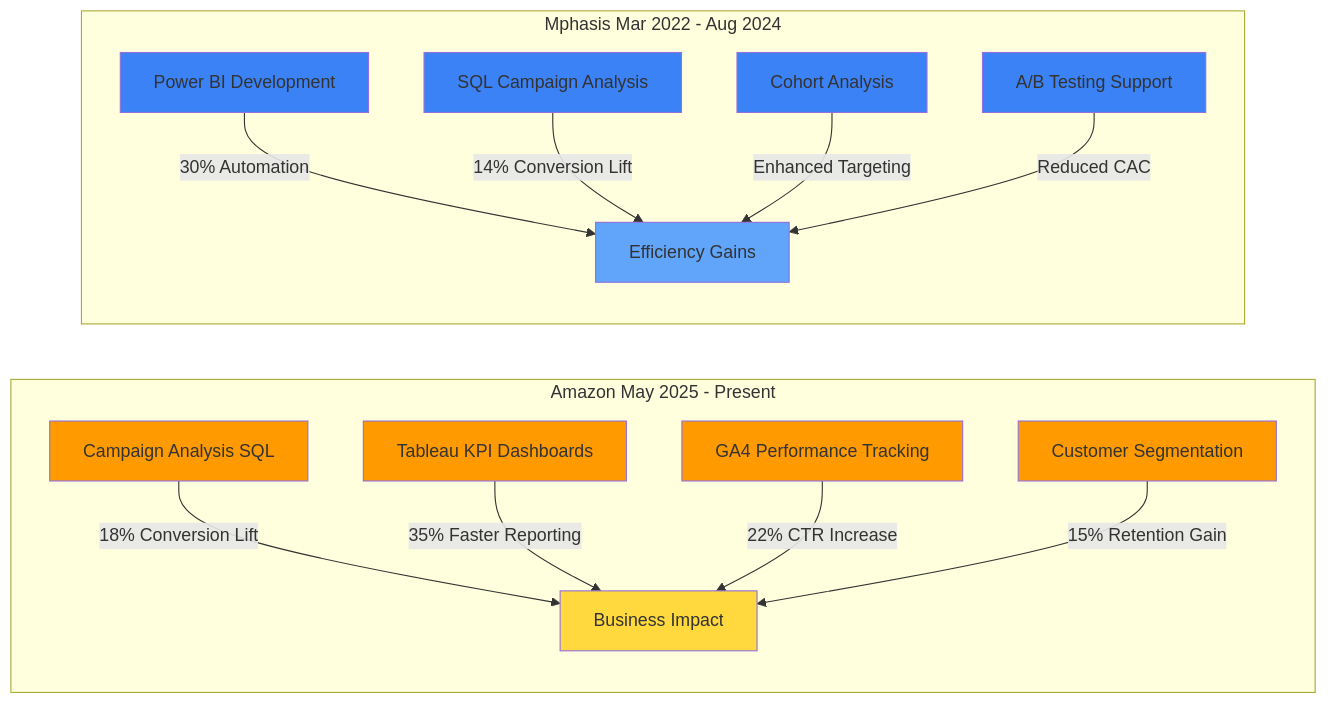
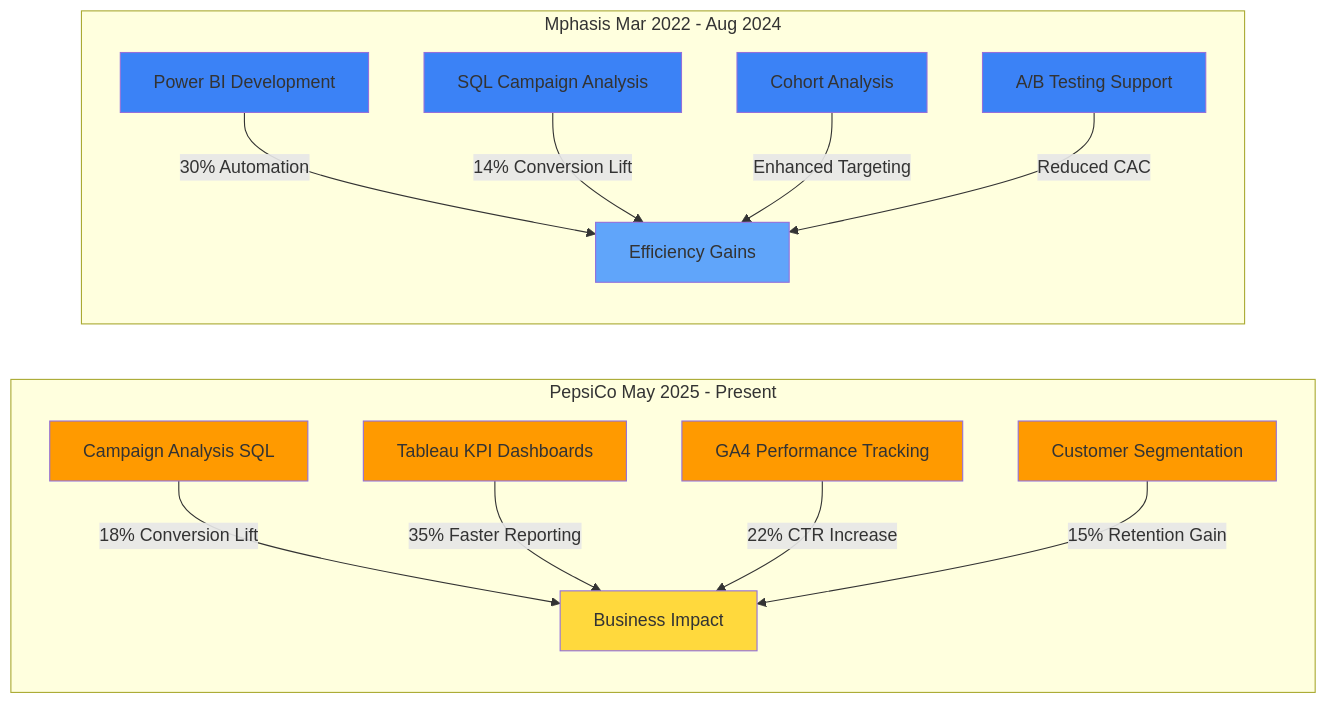
One commit to aryan131199/aryan131199 changed the fourth of 5 diagrams in README.md. Above: the diagram before and after it, drawn with Mermaid. The commit also changed other lines of this file, not shown here.

Commit message:
Update job title and company in README.md

````diff
--- a/README.md
+++ b/README.md
@@ -191,37 +191,37 @@
 ```mermaid
 graph LR
-    subgraph Amazon May 2025 - Present
+    subgraph PepsiCo May 2025 - Present
         A1[Campaign Analysis SQL]
         A2[Tableau KPI Dashboards]
         A3[GA4 Performance Tracking]
         A4[Customer Segmentation]
         
         A1 -->|18% Conversion Lift| A5[Business Impact]
         A2 -->|35% Faster Reporting| A5
         A3 -->|22% CTR Increase| A5
         A4 -->|15% Retention Gain| A5
     end
     
     subgraph Mphasis Mar 2022 - Aug 2024
         B1[Power BI Development]
         B2[SQL Campaign Analysis]
         B3[Cohort Analysis]
         B4[A/B Testing Support]
         
         B1 -->|30% Automation| B5[Efficiency Gains]
         B2 -->|14% Conversion Lift| B5
         B3 -->|Enhanced Targeting| B5
         B4 -->|Reduced CAC| B5
     end
     
     style A1 fill:#FF9A00
     style A2 fill:#FF9A00
     style A3 fill:#FF9A00
     style A4 fill:#FF9A00
     style A5 fill:#FFD93D
     style B1 fill:#3B82F6
     style B2 fill:#3B82F6
     style B3 fill:#3B82F6
     style B4 fill:#3B82F6
     style B5 fill:#60A5FA
 ```
````
